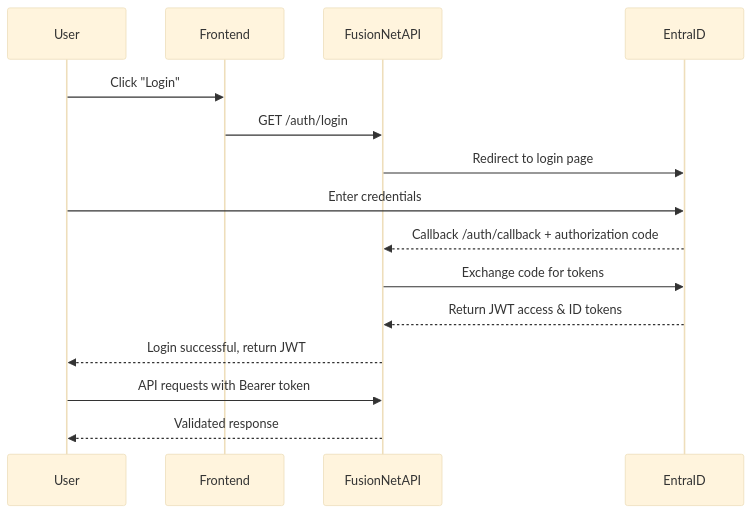
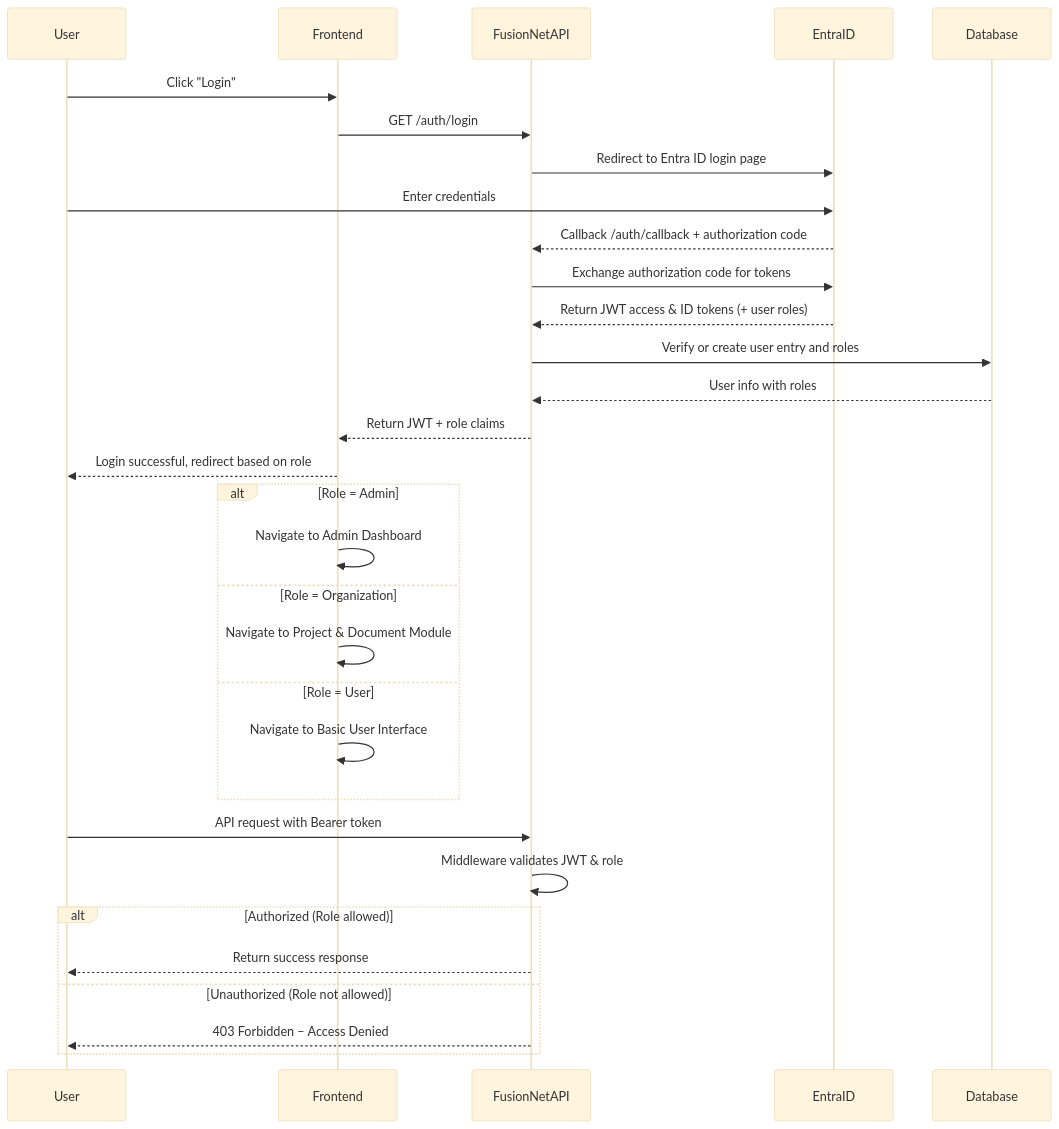
The first of 2 diagrams in authenticate.md (naharmustafa/Real_Time-face-recognition), drawn with Mermaid (base theme) before and after one commit. The commit also changed other lines of this file, not shown here.

````diff
--- a/authenticate.md
+++ b/authenticate.md
@@ -155,18 +183,35 @@
 ```mermaid
 sequenceDiagram
-    participant User
-    participant Frontend
-    participant FusionNetAPI
-    participant EntraID
+participant User
+participant Frontend
+participant FusionNetAPI
+participant EntraID
+participant DB as Database
+User->>Frontend: Click "Login"
+Frontend->>FusionNetAPI: GET /auth/login
+FusionNetAPI->>EntraID: Redirect to Entra ID login page
+User->>EntraID: Enter credentials
+EntraID-->>FusionNetAPI: Callback /auth/callback + authorization code
+FusionNetAPI->>EntraID: Exchange authorization code for tokens
+EntraID-->>FusionNetAPI: Return JWT access & ID tokens (+ user roles)
+FusionNetAPI->>DB: Verify or create user entry and roles
+DB-->>FusionNetAPI: User info with roles
+FusionNetAPI-->>Frontend: Return JWT + role claims
+Frontend-->>User: Login successful, redirect based on role
 
-    User->>Frontend: Click "Login"
-    Frontend->>FusionNetAPI: GET /auth/login
-    FusionNetAPI->>EntraID: Redirect to login page
-    User->>EntraID: Enter credentials
-    EntraID-->>FusionNetAPI: Callback /auth/callback + authorization code
-    FusionNetAPI->>EntraID: Exchange code for tokens
-    EntraID-->>FusionNetAPI: Return JWT access & ID tokens
-    FusionNetAPI-->>User: Login successful, return JWT
-    User->>FusionNetAPI: API requests with Bearer token
-    FusionNetAPI-->>User: Validated response
+alt Role = Admin
+    Frontend->>Frontend: Navigate to Admin Dashboard
+else Role = Organization
+    Frontend->>Frontend: Navigate to Project & Document Module
+else Role = User
+    Frontend->>Frontend: Navigate to Basic User Interface
+end
+
+User->>FusionNetAPI: API request with Bearer token
+FusionNetAPI->>FusionNetAPI: Middleware validates JWT & role
+alt Authorized (Role allowed)
+    FusionNetAPI-->>User: Return success response
+else Unauthorized (Role not allowed)
+    FusionNetAPI-->>User: 403 Forbidden – Access Denied
+end
 ```
````
